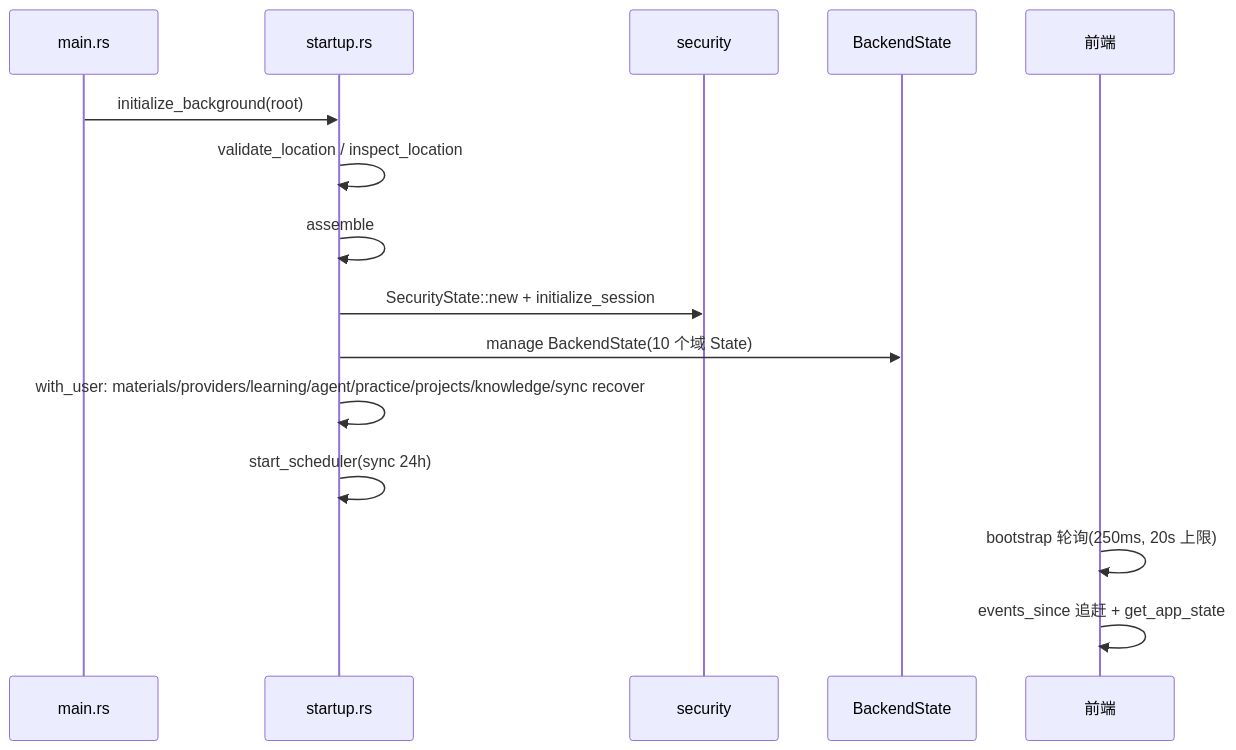
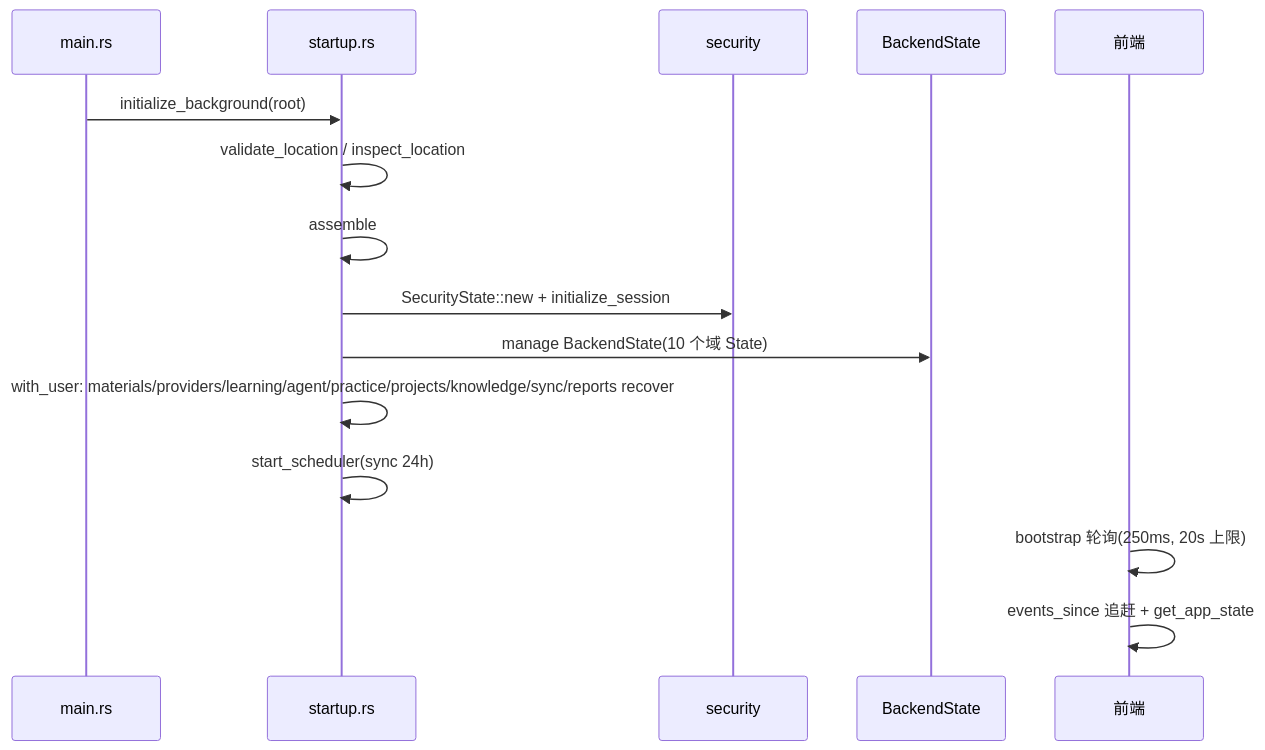
The first of 23 diagrams in docs/architecture/02-operation-principles.md (hershate/Deep-tutor), drawn with Mermaid before and after one commit. The commit also changed other lines of this file and 12 other files, not shown here.

````diff
--- a/docs/architecture/02-operation-principles.md
+++ b/docs/architecture/02-operation-principles.md
@@ -7,17 +7,17 @@
 ```mermaid
 sequenceDiagram
     participant M as main.rs
     participant SU as startup.rs
     participant SEC as security
     participant B as BackendState
     participant FE as 前端
     M->>SU: initialize_background(root)
     SU->>SU: validate_location / inspect_location
     SU->>SU: assemble
     SU->>SEC: SecurityState::new + initialize_session
     SU->>B: manage BackendState(10 个域 State)
-    SU->>SU: with_user: materials/providers/learning/agent/practice/projects/knowledge/sync recover
+    SU->>SU: with_user: materials/providers/learning/agent/practice/projects/knowledge/sync/reports recover
     SU->>SU: start_scheduler(sync 24h)
     FE->>FE: bootstrap 轮询(250ms, 20s 上限)
     FE->>FE: events_since 追赶 + get_app_state
 ```
````
